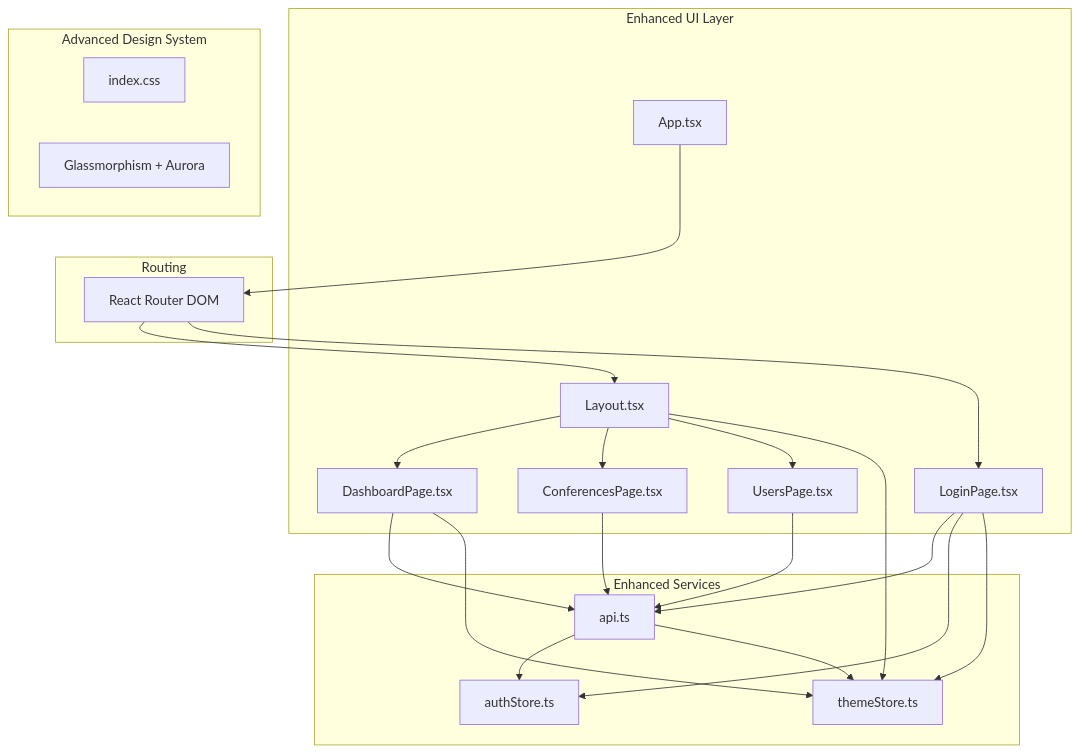
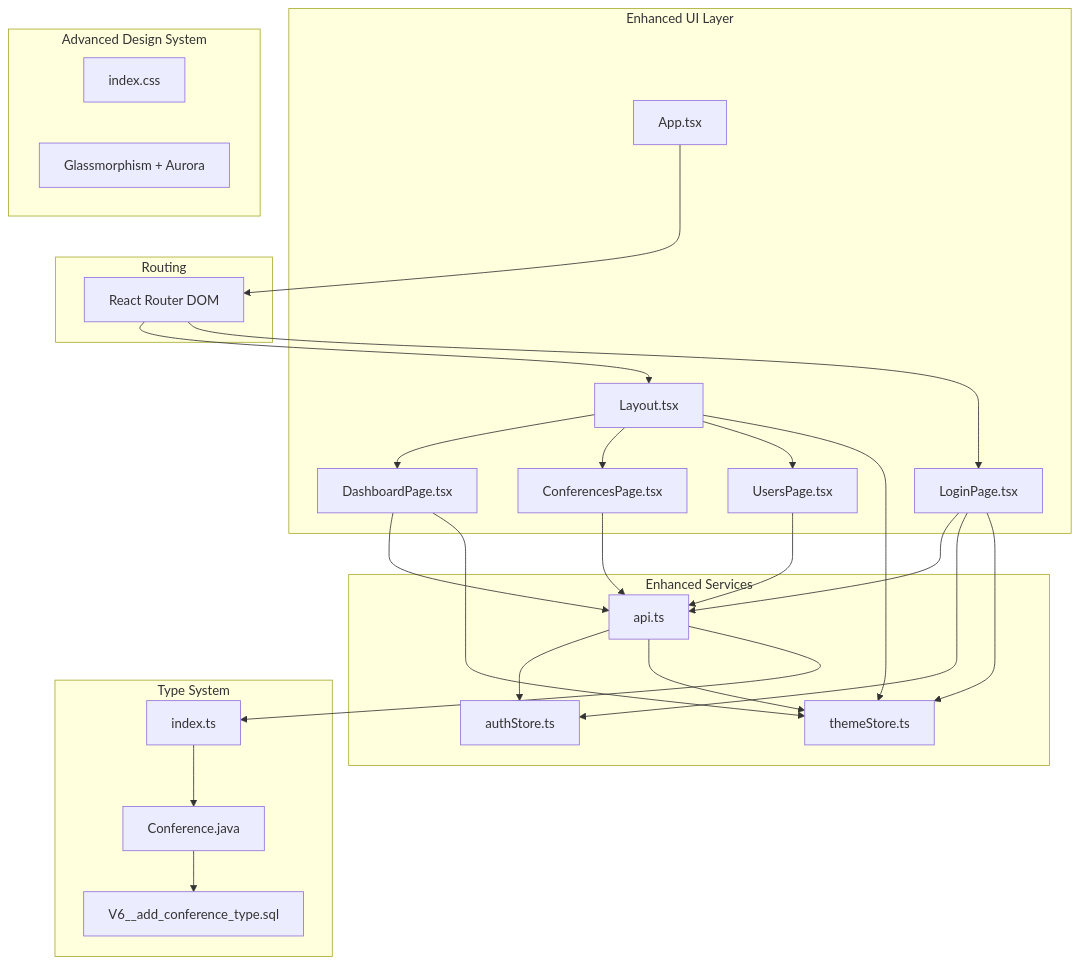
Before and after one commit to Vostrikov2014/vks-qoder: the first of 3 diagrams in .qoder/repowiki/en/content/Frontend Application/Pages and Components.md, drawn with Mermaid. The commit also changed other lines of this file and 15 other files, not shown here.

````diff
--- a/.qoder/repowiki/en/content/Frontend Application/Pages and Components.md
+++ b/.qoder/repowiki/en/content/Frontend Application/Pages and Components.md
@@ -56,39 +59,47 @@
 ```mermaid
 graph TB
 subgraph "Enhanced UI Layer"
 App["App.tsx"]
 Layout["Layout.tsx"]
 Dashboard["DashboardPage.tsx"]
 Conferences["ConferencesPage.tsx"]
 Users["UsersPage.tsx"]
 Login["LoginPage.tsx"]
 end
 subgraph "Enhanced Services"
 API["api.ts"]
 AuthStore["authStore.ts"]
 ThemeStore["themeStore.ts"]
 end
 subgraph "Advanced Design System"
 CSS["index.css"]
 ThemeSystem["Glassmorphism + Aurora"]
+end
+subgraph "Type System"
+Types["index.ts"]
+DomainModel["Conference.java"]
+DBMigration["V6__add_conference_type.sql"]
 end
 subgraph "Routing"
 Router["React Router DOM"]
 end
 App --> Router
 Router --> Layout
 Layout --> Dashboard
 Layout --> Conferences
 Layout --> Users
 Router --> Login
 Dashboard --> API
 Conferences --> API
 Users --> API
 Login --> API
 Login --> AuthStore
 Login --> ThemeStore
 Dashboard --> ThemeStore
 Layout --> ThemeStore
 API --> AuthStore
 API --> ThemeStore
+API --> Types
+Types --> DomainModel
+DomainModel --> DBMigration
 ```
````
